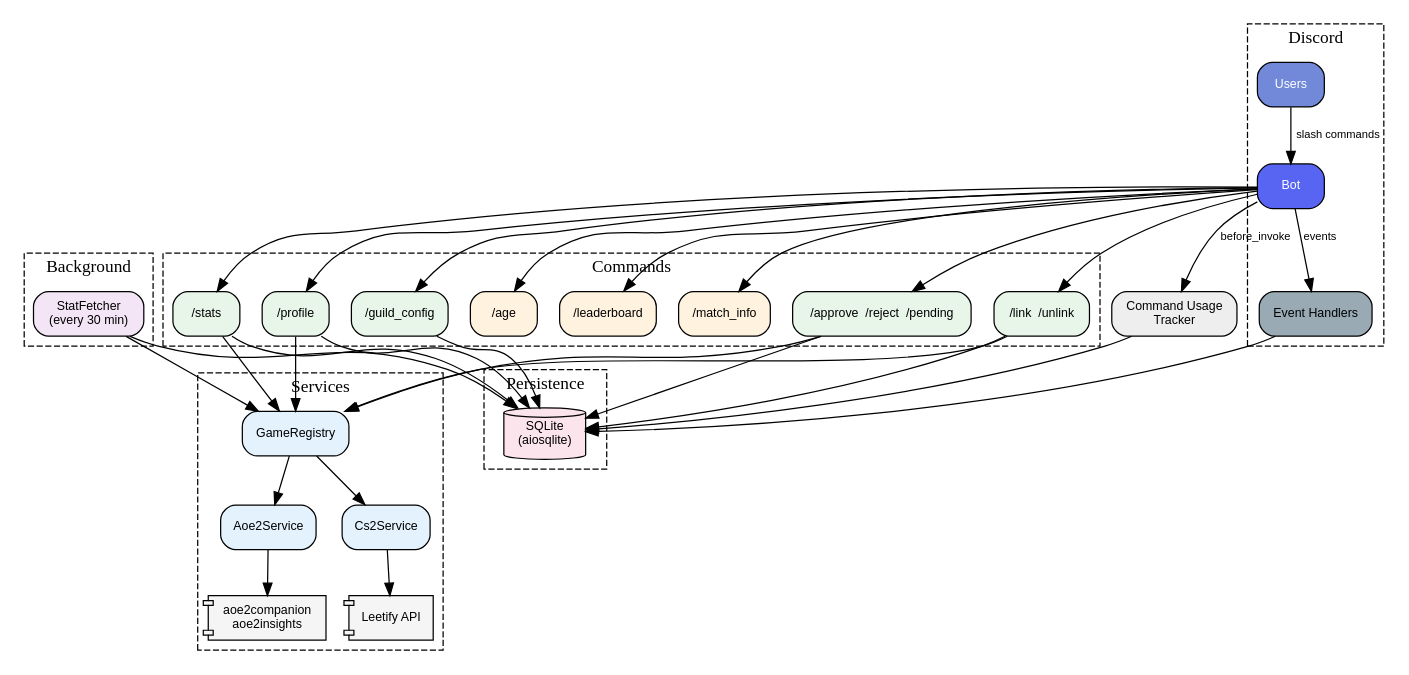
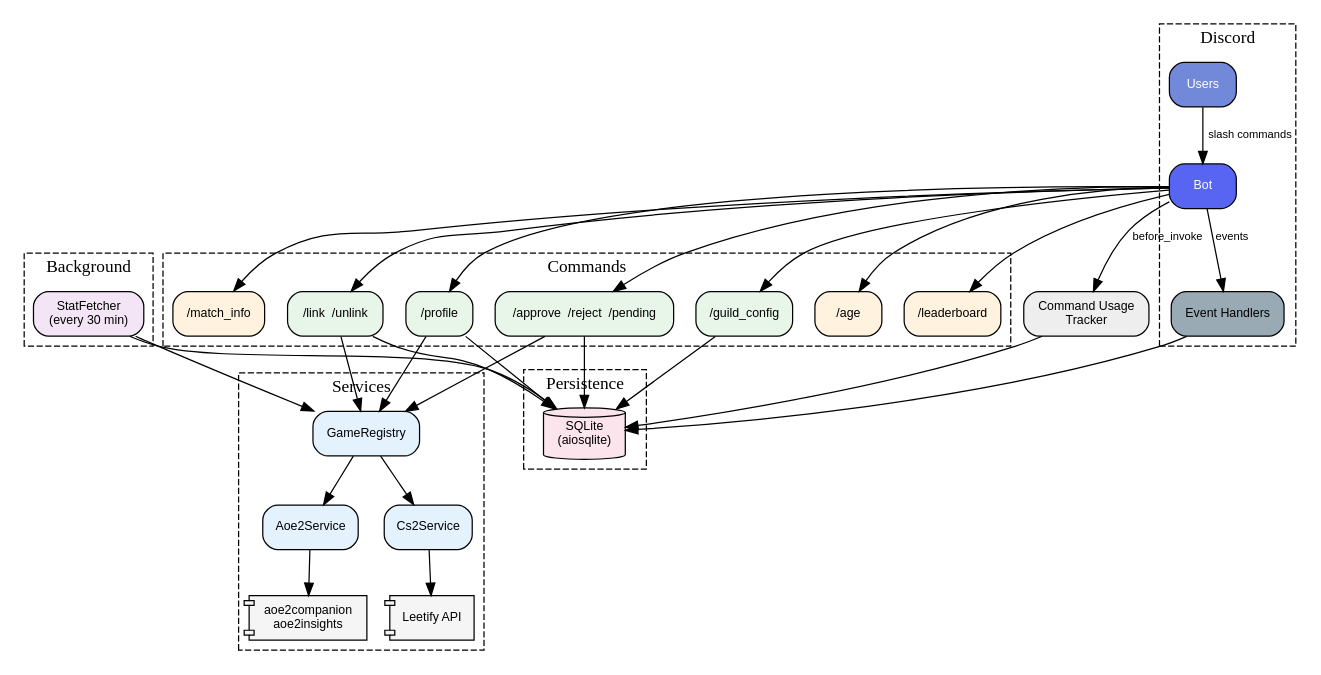
One commit to deathm4sterz/dm4z-discord-app changed the diagram in README.md. Above: the diagram before and after it, drawn with Graphviz. The commit also changed other lines of this file and 5 other files, not shown here.

````diff
--- a/README.md
+++ b/README.md
@@ -9,73 +9,70 @@
 ```dot
 digraph architecture {
     rankdir=TB
     node [shape=box style="rounded,filled" fontname="Helvetica" fontsize=10]
     edge [fontname="Helvetica" fontsize=9]
 
     subgraph cluster_discord {
         label="Discord" style=dashed
         Users [label="Users" fillcolor="#7289da" fontcolor=white]
         Bot [label="Bot" fillcolor="#5865f2" fontcolor=white]
         Events [label="Event Handlers" fillcolor="#99aab5"]
     }
 
     subgraph cluster_commands {
         label="Commands" style=dashed
         Link [label="/link  /unlink" fillcolor="#e8f5e9"]
         Approve [label="/approve  /reject  /pending" fillcolor="#e8f5e9"]
         Profile [label="/profile" fillcolor="#e8f5e9"]
-        Stats [label="/stats" fillcolor="#e8f5e9"]
         GuildCfg [label="/guild_config" fillcolor="#e8f5e9"]
         Age [label="/age" fillcolor="#fff3e0"]
         LB [label="/leaderboard" fillcolor="#fff3e0"]
         MI [label="/match_info" fillcolor="#fff3e0"]
     }
 
     subgraph cluster_services {
         label="Services" style=dashed
         Registry [label="GameRegistry" fillcolor="#e3f2fd"]
         AoE2 [label="Aoe2Service" fillcolor="#e3f2fd"]
         CS2 [label="Cs2Service" fillcolor="#e3f2fd"]
         API_AoE2 [label="aoe2companion\naoe2insights" shape=component fillcolor="#f5f5f5"]
         API_CS2 [label="Leetify API" shape=component fillcolor="#f5f5f5"]
     }
 
     subgraph cluster_persistence {
         label="Persistence" style=dashed
         DB [label="SQLite\n(aiosqlite)" shape=cylinder fillcolor="#fce4ec"]
     }
 
     subgraph cluster_background {
         label="Background" style=dashed
         StatFetcher [label="StatFetcher\n(every 30 min)" fillcolor="#f3e5f5"]
     }
 
     CmdUsage [label="Command Usage\nTracker" fillcolor="#eeeeee"]
 
     Users -> Bot [label="slash commands"]
     Bot -> Events [label="events"]
-    Bot -> {Link Approve Profile Stats GuildCfg Age LB MI}
+    Bot -> {Link Approve Profile GuildCfg Age LB MI}
 
     Link -> Registry
     Approve -> Registry
-    Stats -> Registry
     Profile -> Registry
     Registry -> AoE2
     Registry -> CS2
     AoE2 -> API_AoE2
     CS2 -> API_CS2
 
     Link -> DB
     Approve -> DB
     Profile -> DB
-    Stats -> DB
     GuildCfg -> DB
     Events -> DB
 
     StatFetcher -> Registry
     StatFetcher -> DB
 
     Bot -> CmdUsage [label="before_invoke"]
     CmdUsage -> DB
 }
 ```
````
